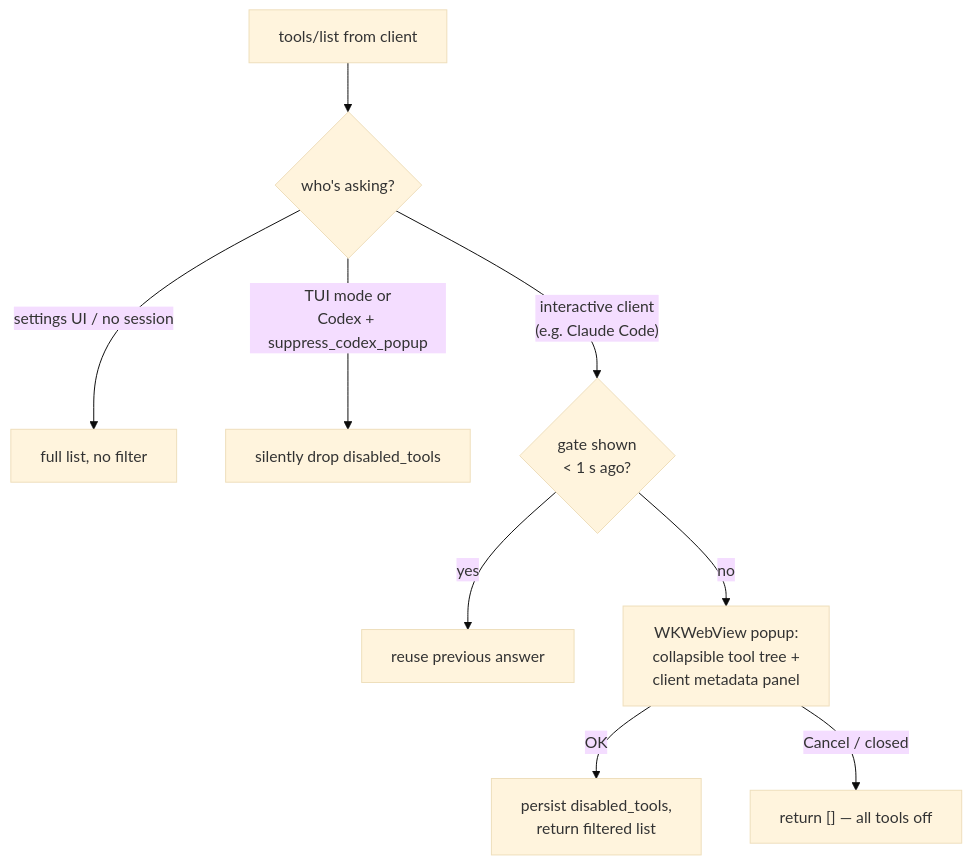
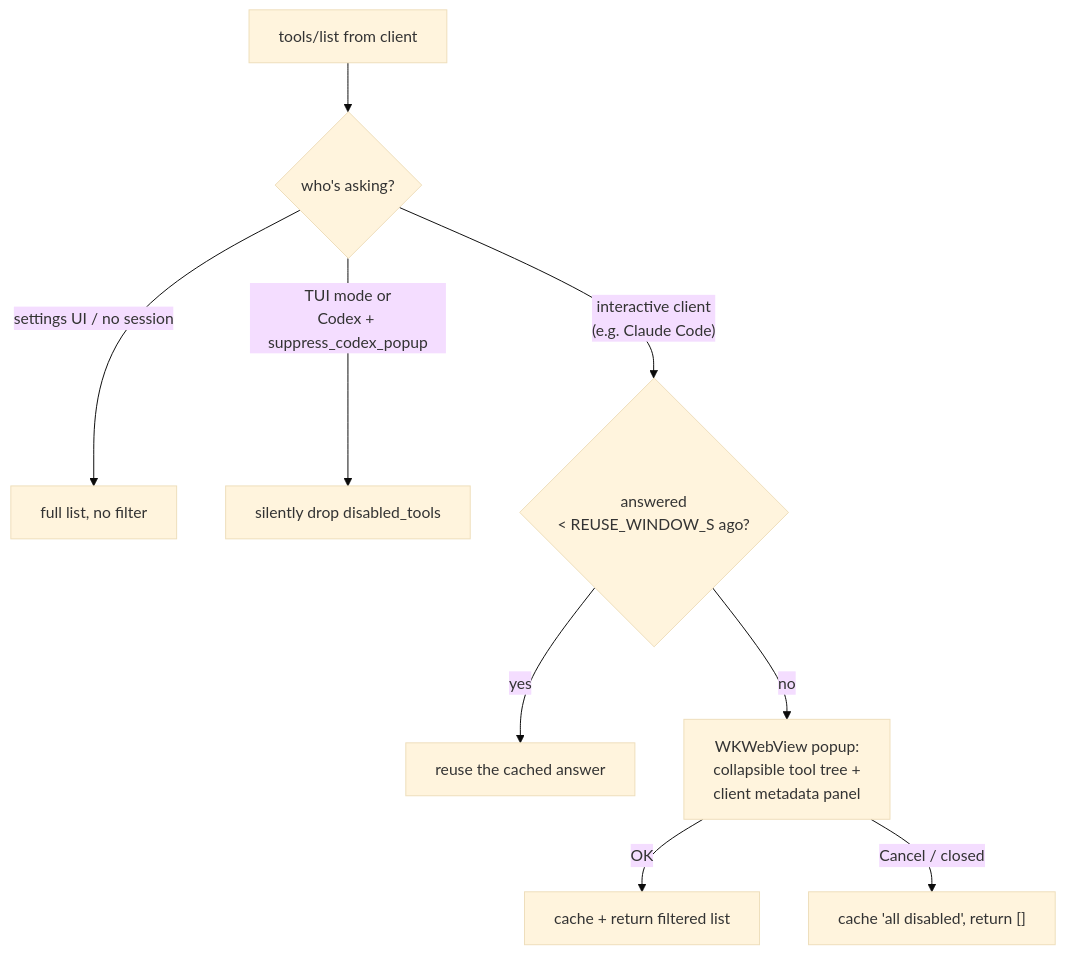
One commit to voitta-ai/voitta-desktop changed the tenth of 16 diagrams in docs/OPERATIONS.md. Above: the diagram before and after it, drawn with Mermaid (base theme). The commit also changed other lines of this file and 35 other files, not shown here.

````diff
--- a/docs/OPERATIONS.md
+++ b/docs/OPERATIONS.md
@@ -481,11 +533,11 @@
 ```mermaid
 flowchart TB
     REQ["tools/list from client"] --> WHO{"who's asking?"}
     WHO -->|"settings UI / no session"| PASS["full list, no filter"]
     WHO -->|"TUI mode or<br/>Codex + suppress_codex_popup"| SILENT["silently drop disabled_tools"]
-    WHO -->|"interactive client<br/>(e.g. Claude Code)"| RECENT{"gate shown<br/>< 1 s ago?"}
-    RECENT -->|yes| REUSE["reuse previous answer"]
+    WHO -->|"interactive client<br/>(e.g. Claude Code)"| RECENT{"answered<br/>< REUSE_WINDOW_S ago?"}
+    RECENT -->|yes| REUSE["reuse the cached answer"]
     RECENT -->|no| POPUP["WKWebView popup:<br/>collapsible tool tree +<br/>client metadata panel"]
-    POPUP -->|OK| APPLY["persist disabled_tools,<br/>return filtered list"]
-    POPUP -->|Cancel / closed| NONE["return [] — all tools off"]
+    POPUP -->|OK| APPLY["cache + return filtered list"]
+    POPUP -->|Cancel / closed| NONE["cache 'all disabled', return []"]
 ```
````
